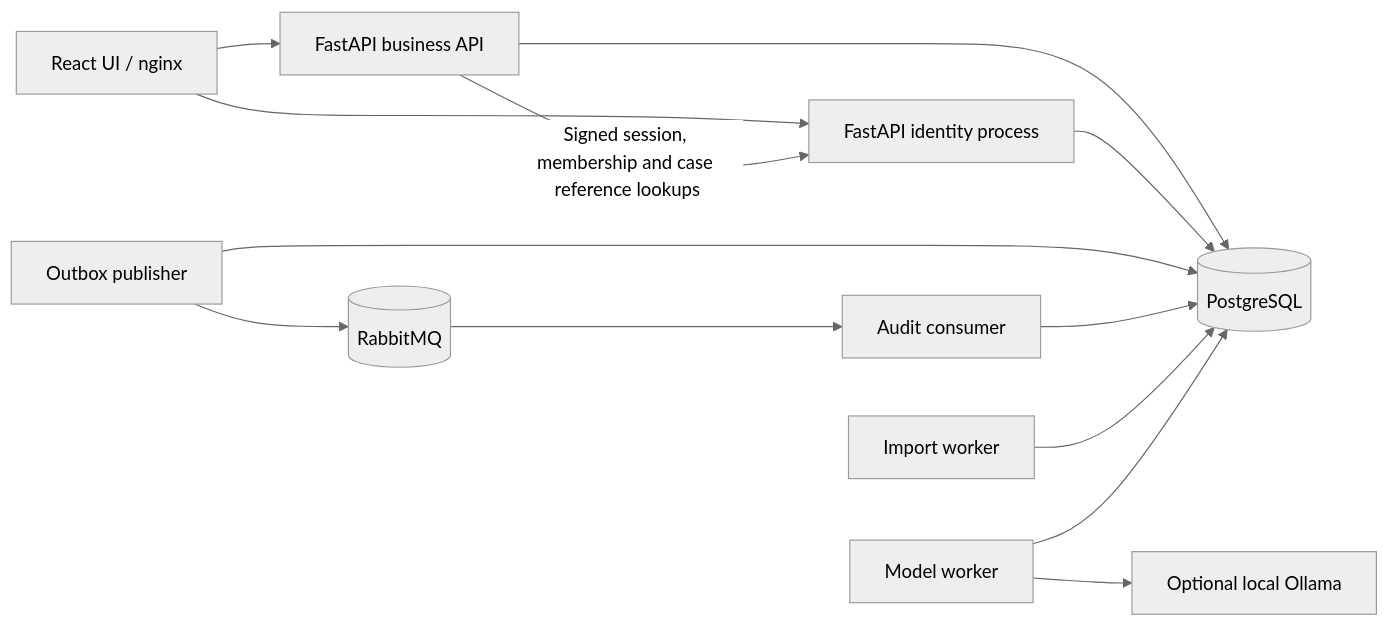
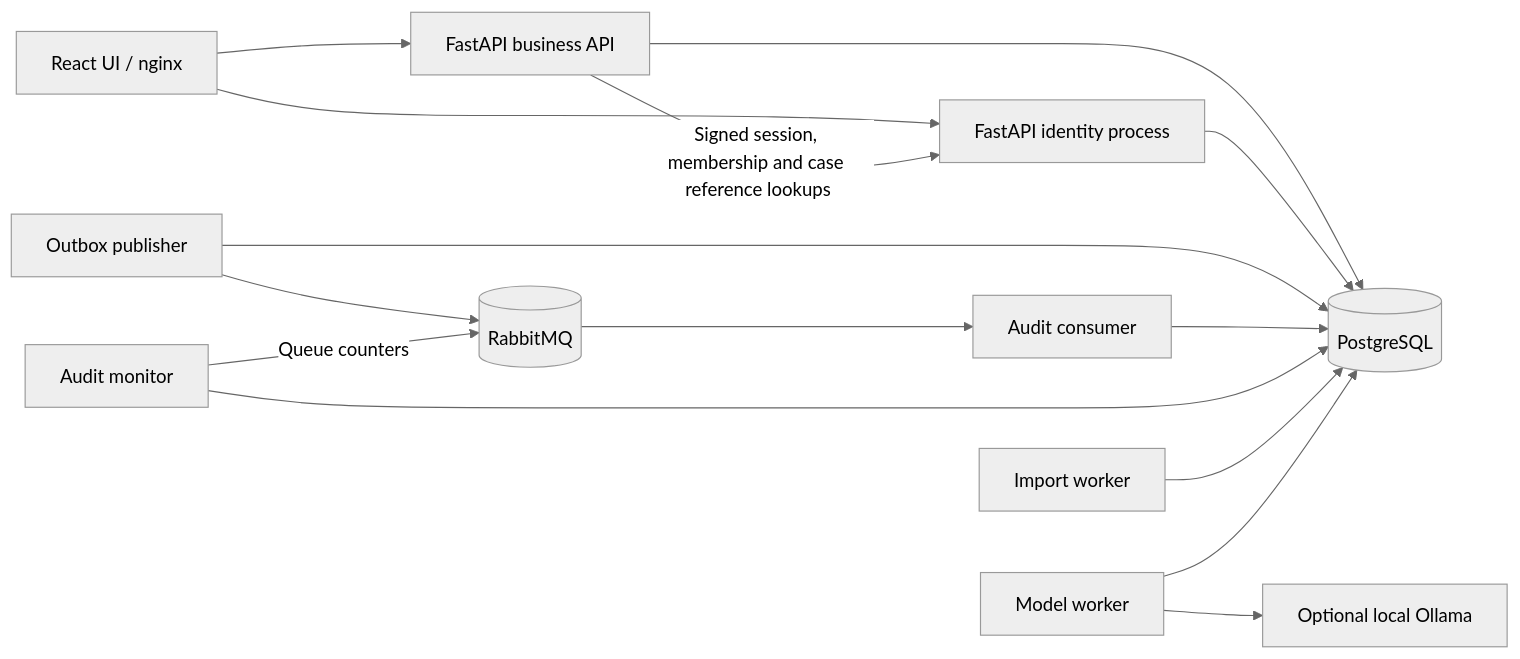
Before and after one commit to picolitios/processmind-ai: the first of 4 diagrams in docs/architecture/target-state.md, drawn with Mermaid (neutral theme). The commit also changed other lines of this file and 15 other files, not shown here.

Commit message:
feat: monitor audit dispatch health in Compose (#25)

````diff
--- a/docs/architecture/target-state.md
+++ b/docs/architecture/target-state.md
@@ -16,15 +16,17 @@
 ```mermaid
 flowchart LR
   UI[React UI / nginx] --> API[FastAPI business API]
   UI --> ID[FastAPI identity process]
   API -->|Signed session, membership and case reference lookups| ID
   API --> PG[(PostgreSQL)]
   ID --> PG
   PUB[Outbox publisher] --> PG
   PUB --> MQ[(RabbitMQ)]
   MQ --> CON[Audit consumer]
   CON --> PG
+  MON[Audit monitor] --> PG
+  MON -->|Queue counters| MQ
   IMPORT[Import worker] --> PG
   MODEL[Model worker] --> OLL[Optional local Ollama]
   MODEL --> PG
 ```
````
